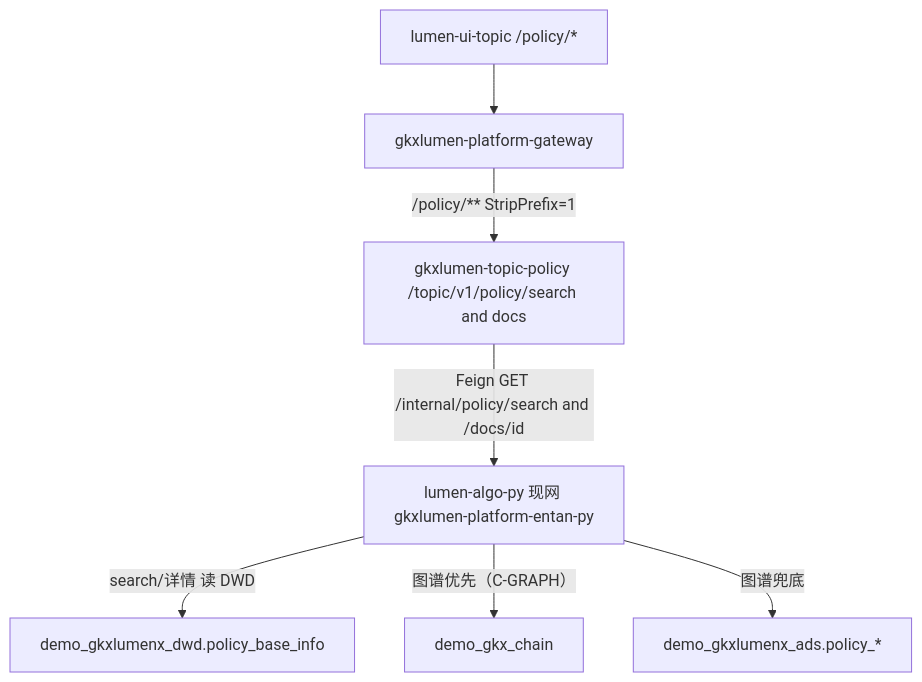
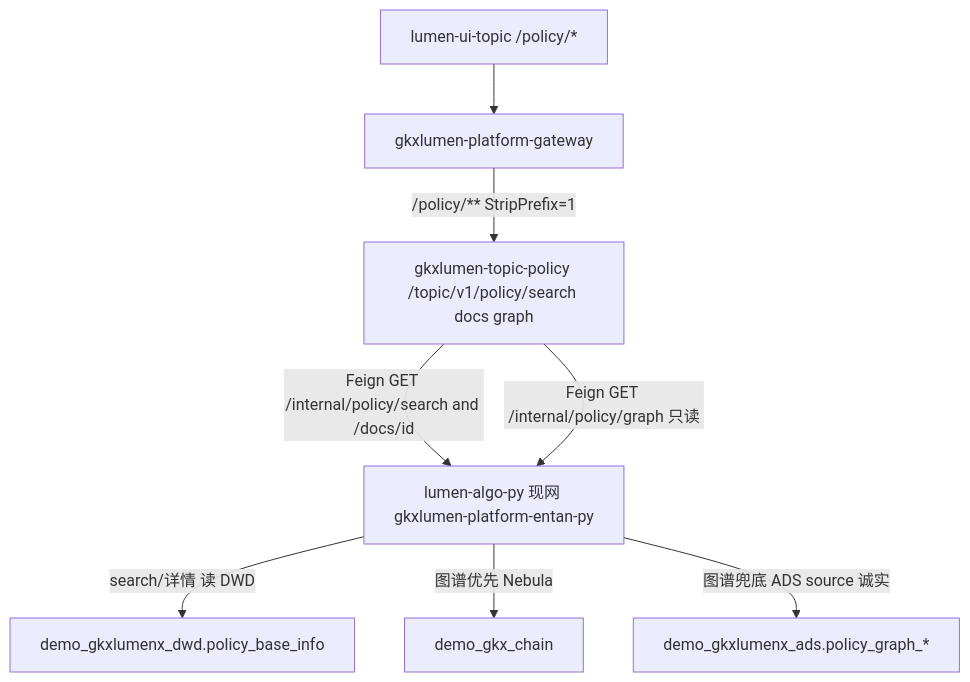
The fourth of 4 diagrams in agent-delivery/data/data-design/storage/POLICY/01-data-flow.md (Marisolebxf/-), drawn with Mermaid before and after one commit. The commit also changed other lines of this file and 1 other file, not shown here.

First line of the commit message:
docs(policy): C-GRAPH handoff and POLICY-STORAGE-FLOW graph read edge [agent:api-agent]

````diff
--- a/agent-delivery/data/data-design/storage/POLICY/01-data-flow.md
+++ b/agent-delivery/data/data-design/storage/POLICY/01-data-flow.md
@@ -92,9 +92,10 @@
 ```mermaid
 flowchart TB
   TOPIC["lumen-ui-topic /policy/*"] --> GW3["gkxlumen-platform-gateway"]
-  GW3 -->|"/policy/** StripPrefix=1"| JAVA3["gkxlumen-topic-policy /topic/v1/policy/search and docs"]
+  GW3 -->|"/policy/** StripPrefix=1"| JAVA3["gkxlumen-topic-policy /topic/v1/policy/search docs graph"]
   JAVA3 -->|"Feign GET /internal/policy/search and /docs/id"| PY3["lumen-algo-py 现网 gkxlumen-platform-entan-py"]
+  JAVA3 -->|"Feign GET /internal/policy/graph 只读"| PY3
   PY3 -->|"search/详情 读 DWD"| DWD3["demo_gkxlumenx_dwd.policy_base_info"]
-  PY3 -->|"图谱优先（C-GRAPH）"| NEB3["demo_gkx_chain"]
-  PY3 -->|"图谱兜底"| ADS3["demo_gkxlumenx_ads.policy_*"]
+  PY3 -->|"图谱优先 Nebula"| NEB3["demo_gkx_chain"]
+  PY3 -->|"图谱兜底 ADS source 诚实"| ADS3["demo_gkxlumenx_ads.policy_graph_*"]
 ```
````
